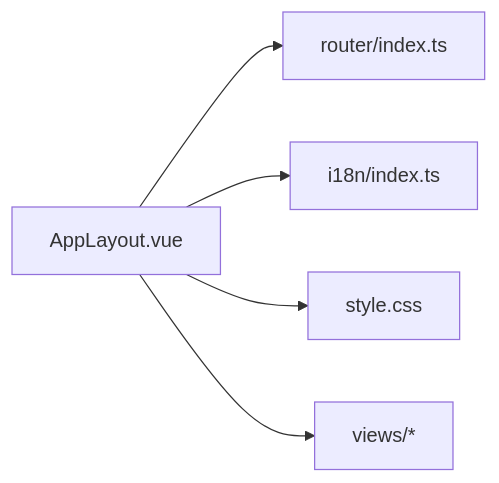
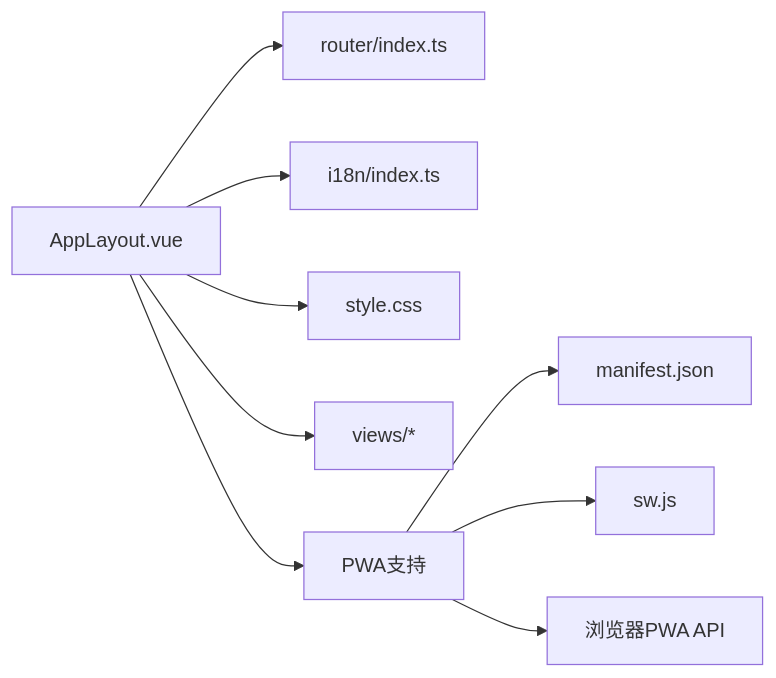
The seventh of 7 diagrams in .qoder/repowiki/zh/content/前端开发/组件系统/布局组件.md (xufuyu/Lumen), drawn with Mermaid before and after one commit. The commit also changed other lines of this file and 43 other files, not shown here.

````diff
--- a/.qoder/repowiki/zh/content/前端开发/组件系统/布局组件.md
+++ b/.qoder/repowiki/zh/content/前端开发/组件系统/布局组件.md
@@ -283,7 +378,11 @@
 ```mermaid
 graph LR
 AppLayout["AppLayout.vue"] --> Router["router/index.ts"]
 AppLayout --> I18n["i18n/index.ts"]
 AppLayout --> Styles["style.css"]
 AppLayout --> Views["views/*"]
+AppLayout --> PWA["PWA支持"]
+PWA --> Manifest["manifest.json"]
+PWA --> SW["sw.js"]
+PWA --> BrowserAPI["浏览器PWA API"]
 ```
````
